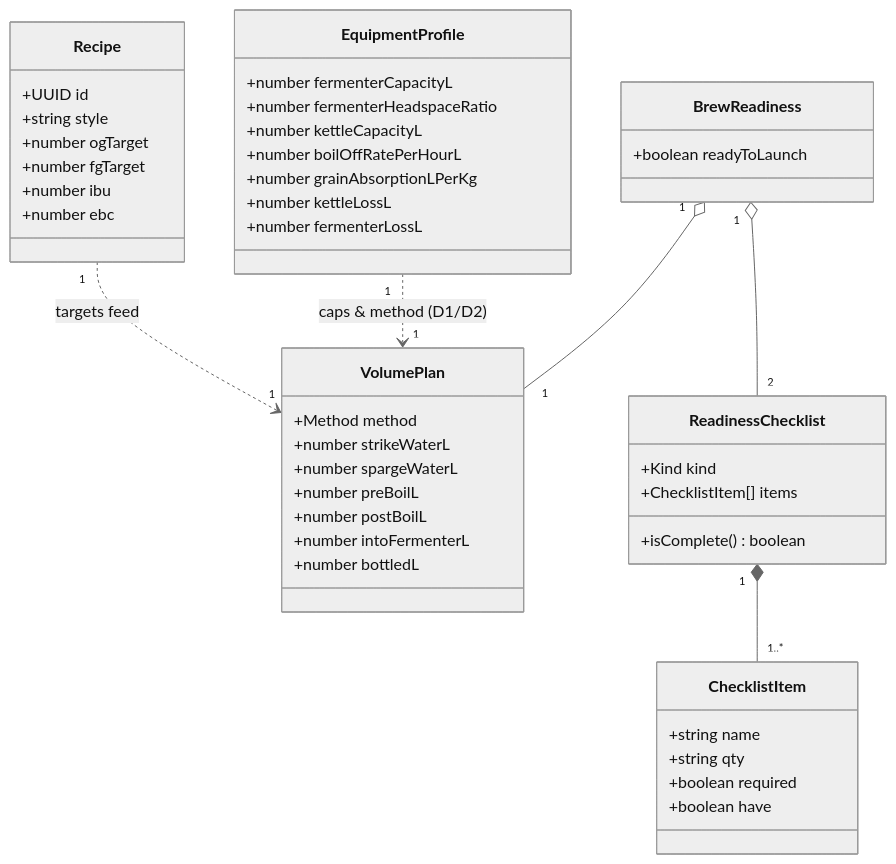
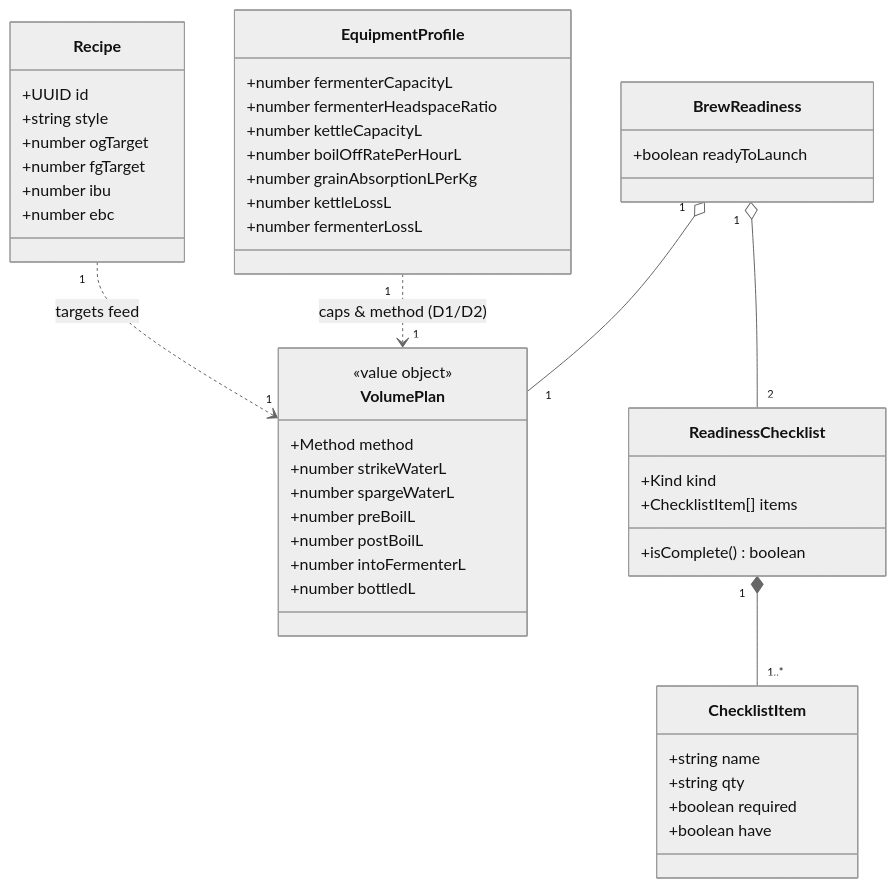
The diagram in docs/architecture/diagrams/brew-prep/04-class.md (benoit-bremaud/brasse-bouillon), drawn with Mermaid (neutral theme) before and after one commit. The commit also changed other lines of this file and 2 other files, not shown here.

````diff
--- a/docs/architecture/diagrams/brew-prep/04-class.md
+++ b/docs/architecture/diagrams/brew-prep/04-class.md
@@ -14,48 +14,49 @@
 ```mermaid
 classDiagram
   class Recipe {
     +UUID id
     +string style
     +number ogTarget
     +number fgTarget
     +number ibu
     +number ebc
   }
   class EquipmentProfile {
     +number fermenterCapacityL
     +number fermenterHeadspaceRatio
     +number kettleCapacityL
     +number boilOffRatePerHourL
     +number grainAbsorptionLPerKg
     +number kettleLossL
     +number fermenterLossL
   }
   class VolumePlan {
+    <<value object>>
     +Method method
     +number strikeWaterL
     +number spargeWaterL
     +number preBoilL
     +number postBoilL
     +number intoFermenterL
     +number bottledL
   }
   class ChecklistItem {
     +string name
     +string qty
     +boolean required
     +boolean have
   }
   class ReadinessChecklist {
     +Kind kind
     +ChecklistItem[] items
     +isComplete() boolean
   }
   class BrewReadiness {
     +boolean readyToLaunch
   }
   Recipe "1" ..> "1" VolumePlan : targets feed
   EquipmentProfile "1" ..> "1" VolumePlan : caps & method (D1/D2)
   BrewReadiness "1" o-- "1" VolumePlan
   BrewReadiness "1" o-- "2" ReadinessChecklist
   ReadinessChecklist "1" *-- "1..*" ChecklistItem
 ```
````
